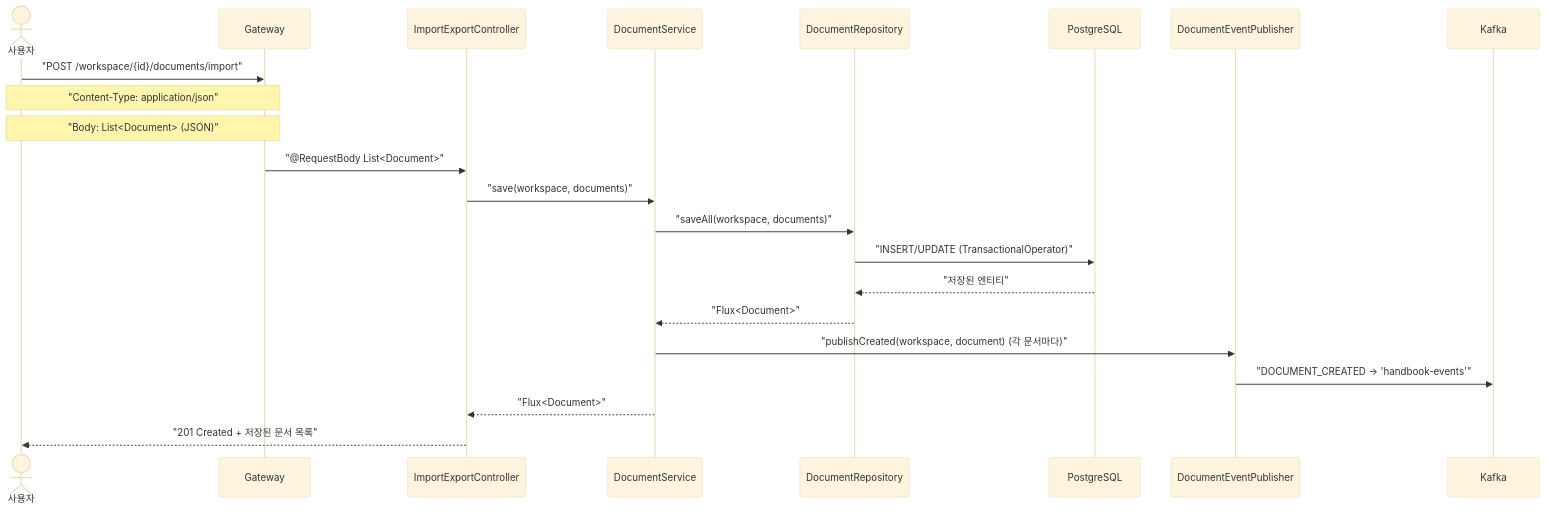
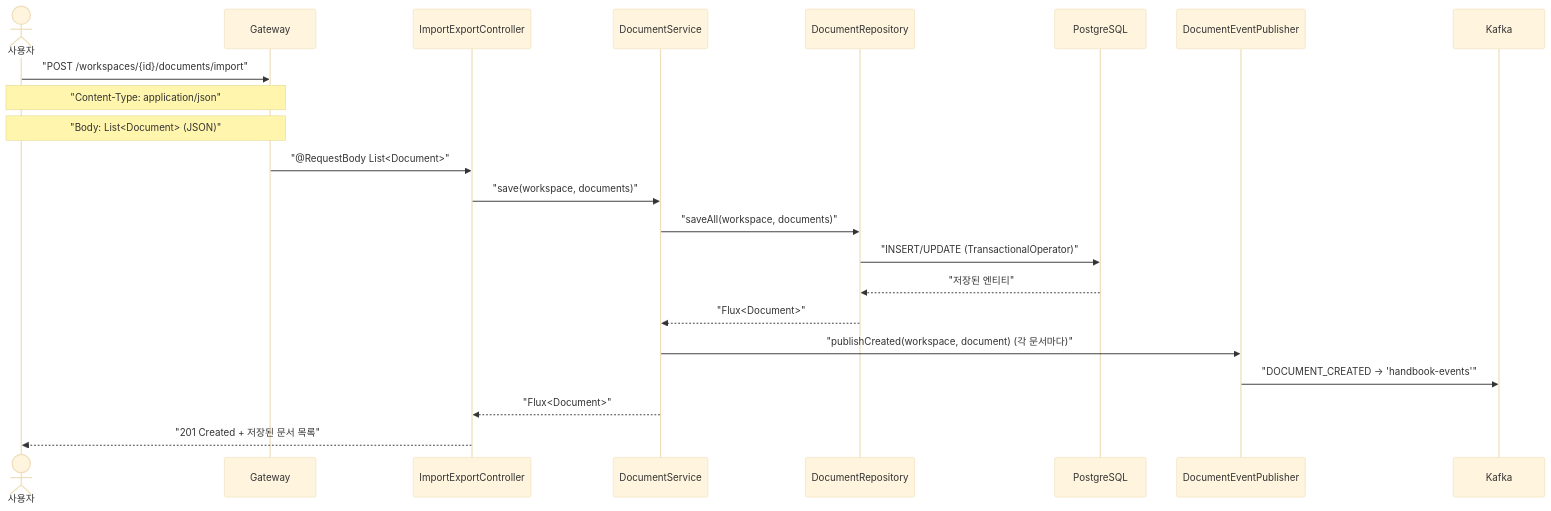
Diagram 13 of 28 in docs/usecases.md (sayaya1090/handbook), drawn with Mermaid (base theme) before and after one commit. The commit also changed other lines of this file and 58 other files, not shown here.

````diff
--- a/docs/usecases.md
+++ b/docs/usecases.md
@@ -1008,25 +1008,25 @@
 ```mermaid
 sequenceDiagram
     actor U as 사용자
     participant GW as Gateway
     participant Ctrl as ImportExportController
     participant Svc as DocumentService
     participant Repo as DocumentRepository
     participant DB as PostgreSQL
     participant Pub as DocumentEventPublisher
     participant K as Kafka
 
-    U->>GW: "POST /workspace/{id}/documents/import"
+    U->>GW: "POST /workspaces/{id}/documents/import"
     Note over U,GW: "Content-Type: application/json"
     Note over U,GW: "Body: List<Document> (JSON)"
     GW->>Ctrl: "@RequestBody List<Document>"
     Ctrl->>Svc: "save(workspace, documents)"
     Svc->>Repo: "saveAll(workspace, documents)"
     Repo->>DB: "INSERT/UPDATE (TransactionalOperator)"
     DB-->>Repo: "저장된 엔티티"
     Repo-->>Svc: "Flux<Document>"
     Svc->>Pub: "publishCreated(workspace, document) (각 문서마다)"
     Pub->>K: "DOCUMENT_CREATED → 'handbook-events'"
     Svc-->>Ctrl: "Flux<Document>"
     Ctrl-->>U: "201 Created + 저장된 문서 목록"
 ```
````
